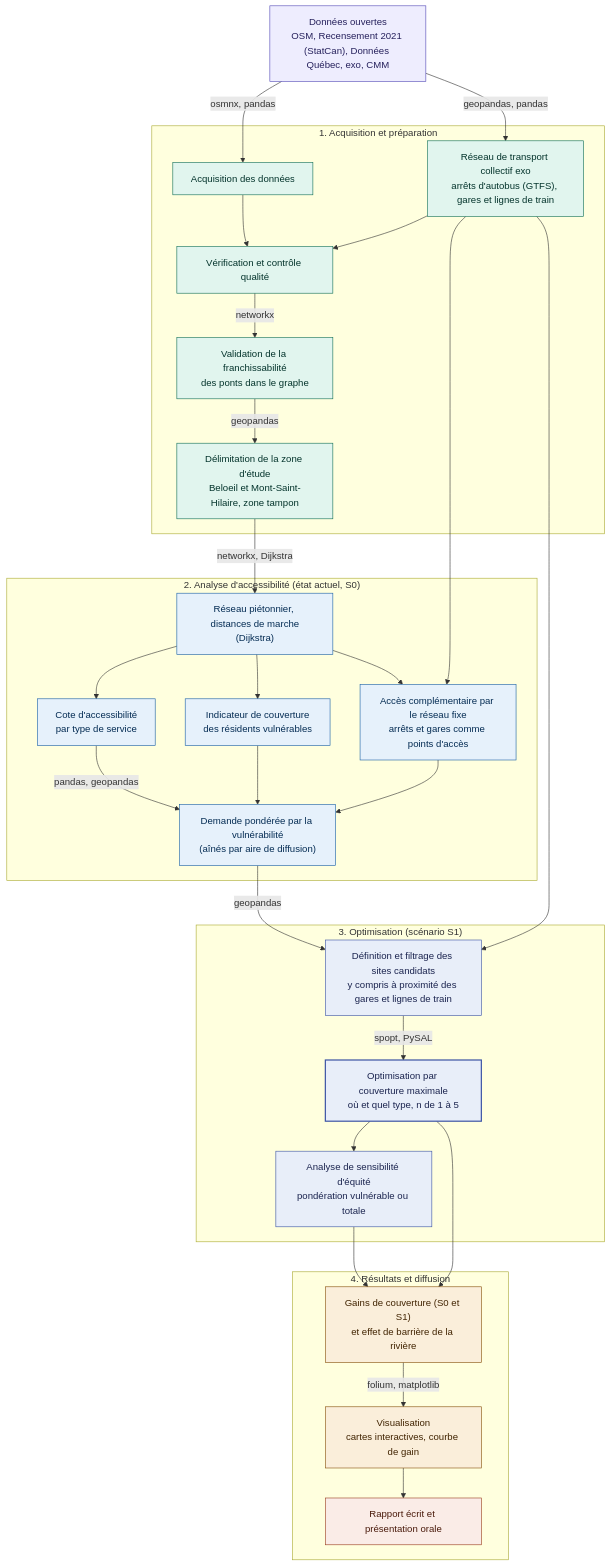
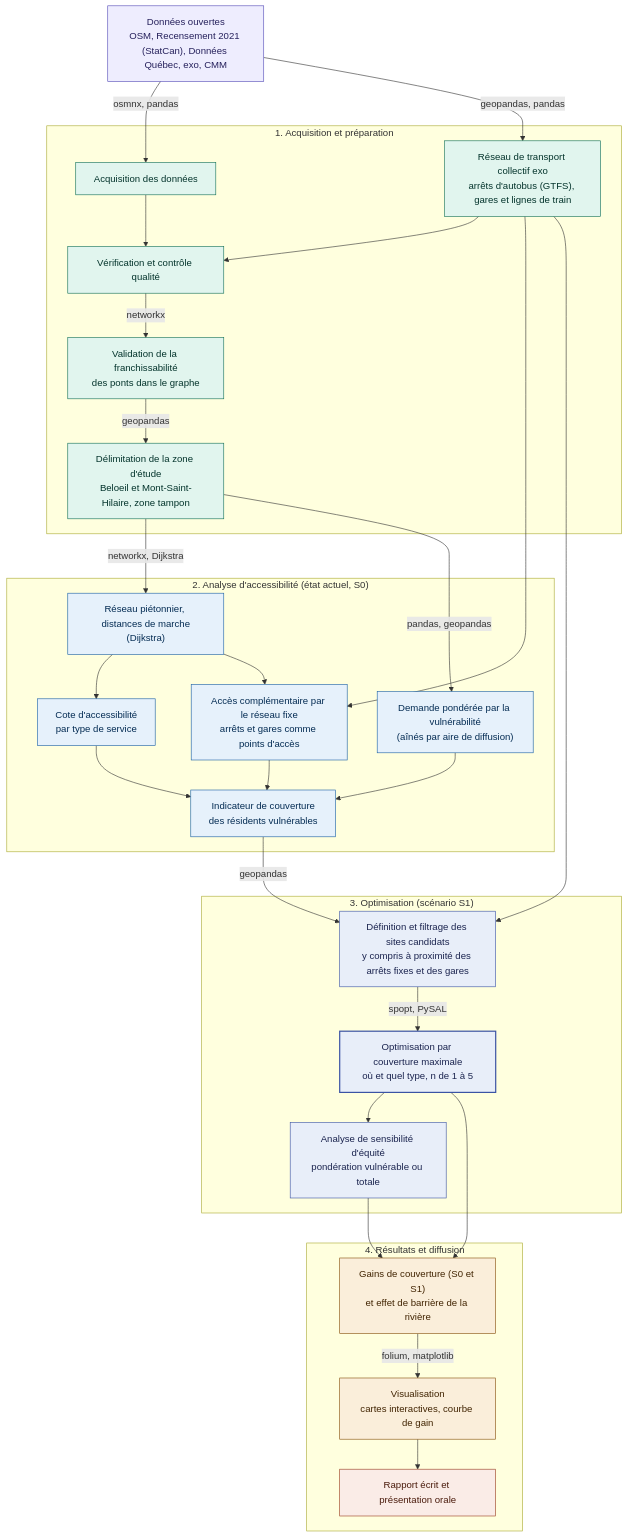
Before and after one commit to girm8601/GMQ580_PS_MGiraldeau: the diagram in README.md, drawn with Mermaid. The commit also changed other lines of this file, not shown here.

````diff
--- a/README.md
+++ b/README.md
@@ -52,73 +52,73 @@
 ```mermaid
 flowchart TD
     A["Données ouvertes<br/>OSM, Recensement 2021 (StatCan), Données Québec, exo, CMM"]
 
     subgraph P1["1. Acquisition et préparation"]
         B["Acquisition des données"]
         T["Réseau de transport collectif exo<br/>arrêts d'autobus (GTFS), gares et lignes de train"]
         C["Vérification et contrôle qualité"]
         D["Validation de la franchissabilité<br/>des ponts dans le graphe"]
         E["Délimitation de la zone d'étude<br/>Beloeil et Mont-Saint-Hilaire, zone tampon"]
     end
 
     subgraph P2["2. Analyse d'accessibilité (état actuel, S0)"]
         F["Réseau piétonnier, distances de marche<br/>(Dijkstra)"]
         G["Cote d'accessibilité<br/>par type de service"]
         TA["Accès complémentaire par le réseau fixe<br/>arrêts et gares comme points d'accès"]
+        I["Demande pondérée par la vulnérabilité<br/>(aînés par aire de diffusion)"]
         H["Indicateur de couverture<br/>des résidents vulnérables"]
-        I["Demande pondérée par la vulnérabilité<br/>(aînés par aire de diffusion)"]
     end
 
     subgraph P3["3. Optimisation (scénario S1)"]
-        J["Définition et filtrage des sites candidats<br/>y compris à proximité des gares et lignes de train"]
+        J["Définition et filtrage des sites candidats<br/>y compris à proximité des arrêts fixes et des gares"]
         K["Optimisation par couverture maximale<br/>où et quel type, n de 1 à 5"]
         L["Analyse de sensibilité d'équité<br/>pondération vulnérable ou totale"]
     end
 
     subgraph P4["4. Résultats et diffusion"]
         M["Gains de couverture (S0 et S1)<br/>et effet de barrière de la rivière"]
         N["Visualisation<br/>cartes interactives, courbe de gain"]
         O["Rapport écrit et présentation orale"]
     end
 
     A -->|"osmnx, pandas"| B
     A -->|"geopandas, pandas"| T
     B --> C
     T --> C
     C -->|"networkx"| D
     D -->|"geopandas"| E
     E -->|"networkx, Dijkstra"| F
+    E -->|"pandas, geopandas"| I
     F --> G
-    F --> H
     T --> TA
     F --> TA
-    TA --> I
-    G -->|"pandas, geopandas"| I
-    H --> I
-    I -->|"geopandas"| J
+    G --> H
+    TA --> H
+    I --> H
+    H -->|"geopandas"| J
     T --> J
     J -->|"spopt, PySAL"| K
     K --> L
     K --> M
     L --> M
     M -->|"folium, matplotlib"| N
     N --> O
 
     style A fill:#EEEDFE,stroke:#534AB7,color:#26215C
     style B fill:#E1F5EE,stroke:#0F6E56,color:#04342C
     style T fill:#E1F5EE,stroke:#0F6E56,color:#04342C
     style C fill:#E1F5EE,stroke:#0F6E56,color:#04342C
     style D fill:#E1F5EE,stroke:#0F6E56,color:#04342C
     style E fill:#E1F5EE,stroke:#0F6E56,color:#04342C
     style F fill:#E6F1FB,stroke:#185FA5,color:#042C53
     style G fill:#E6F1FB,stroke:#185FA5,color:#042C53
     style TA fill:#E6F1FB,stroke:#185FA5,color:#042C53
     style H fill:#E6F1FB,stroke:#185FA5,color:#042C53
     style I fill:#E6F1FB,stroke:#185FA5,color:#042C53
     style J fill:#E8EEF9,stroke:#3B53A4,color:#1B244F
     style K fill:#E8EEF9,stroke:#3B53A4,color:#1B244F,stroke-width:2px
     style L fill:#E8EEF9,stroke:#3B53A4,color:#1B244F
     style M fill:#FAEEDA,stroke:#854F0B,color:#412402
     style N fill:#FAEEDA,stroke:#854F0B,color:#412402
     style O fill:#FAECE7,stroke:#993C1D,color:#4A1B0C
 ```
````
